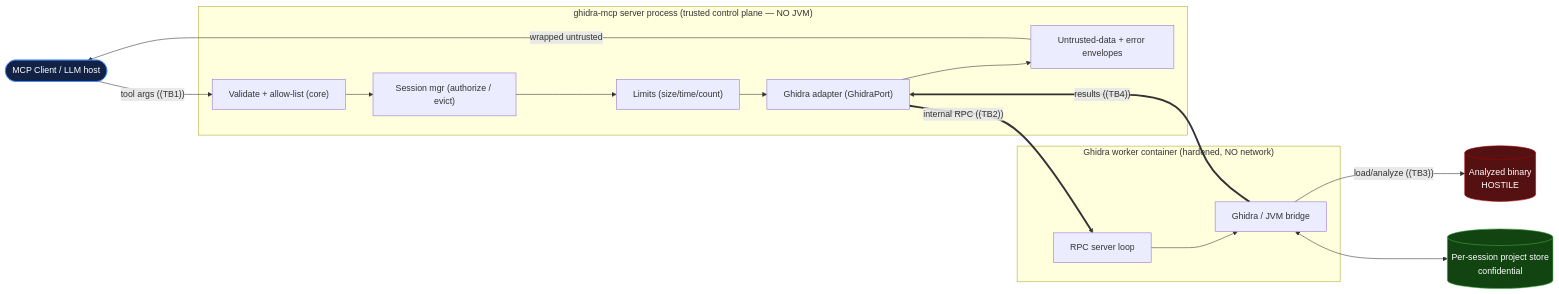
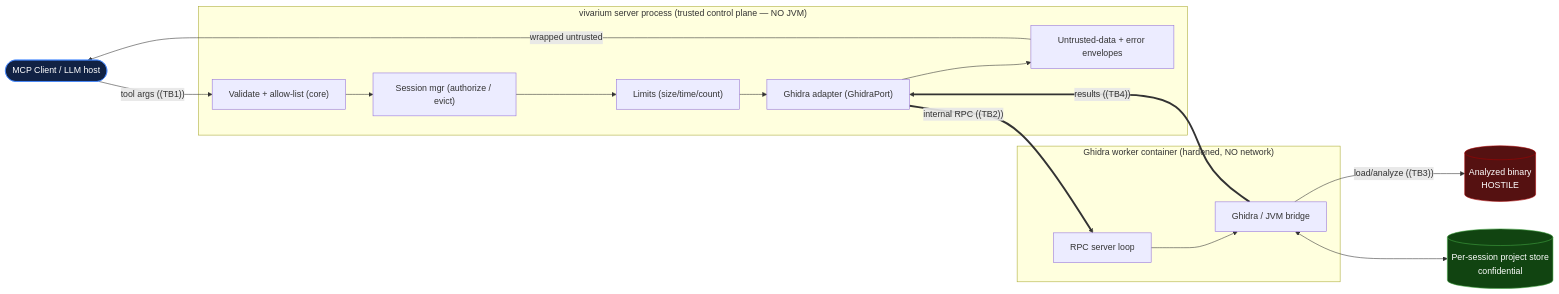
Before and after one commit to 0xb007ab1e/vivarium-mcp: the diagram in docs/security/threat-model.md, drawn with Mermaid. The commit also changed other lines of this file and 181 other files, not shown here.

First line of the commit message:
refactor!: rename project ghidra-mcp -> Vivarium (ADR-038) (#115)

````diff
--- a/docs/security/threat-model.md
+++ b/docs/security/threat-model.md
@@ -28,30 +28,30 @@
 ```mermaid
 flowchart LR
   client([MCP Client / LLM host]):::ext
-  subgraph SRV["ghidra-mcp server process (trusted control plane — NO JVM)"]
+  subgraph SRV["vivarium server process (trusted control plane — NO JVM)"]
     val["Validate + allow-list (core)"]
     sess["Session mgr (authorize / evict)"]
     lim["Limits (size/time/count)"]
     adp["Ghidra adapter (GhidraPort)"]
     env["Untrusted-data + error envelopes"]
   end
   subgraph WK["Ghidra worker container (hardened, NO network)"]
     rpc["RPC server loop"]
     jvm["Ghidra / JVM bridge"]
   end
   bin[("Analyzed binary\nHOSTILE")]:::hostile
   store[("Per-session project store\nconfidential")]:::data
 
   client -- "tool args  ((TB1))" --> val
   val --> sess --> lim --> adp
   adp == "internal RPC  ((TB2))" ==> rpc
   rpc --> jvm
   jvm -- "load/analyze  ((TB3))" --> bin
   jvm <--> store
   jvm == "results  ((TB4))" ==> adp
   adp --> env -- "wrapped untrusted" --> client
 
   classDef ext fill:#124,stroke:#48f,color:#fff;
   classDef hostile fill:#511,stroke:#a00,color:#fff;
   classDef data fill:#141,stroke:#4a4,color:#fff;
 ```
````
